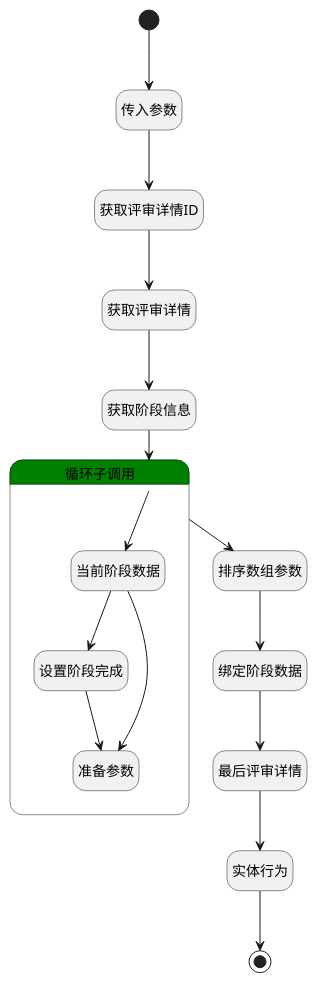
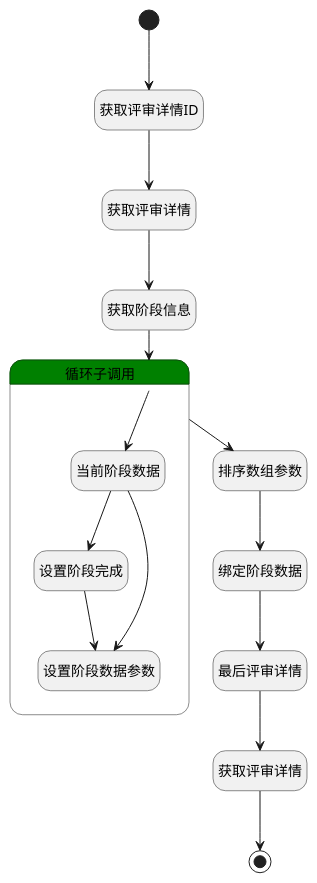
One commit to iBizLab/plm changed the diagram in doc/docsify/module/TestMgmt/review_content/logic/start_review.md. Above: the diagram before and after it, drawn with PlantUML. The commit also changed other lines of this file and 1778 other files, not shown here.

````diff
--- a/doc/docsify/module/TestMgmt/review_content/logic/start_review.md
+++ b/doc/docsify/module/TestMgmt/review_content/logic/start_review.md
@@ -7,45 +7,43 @@
 ```plantuml
 @startuml
 hide empty description
 <style>
 root {
   HyperlinkColor #42b983
 }
 </style>
 
 hide empty description
 state "开始" as Begin <<start>> [[$./start_review#begin {"开始"}]]
 state "结束" as END1 <<end>> [[$./start_review#end1 {"结束"}]]
-state "传入参数" as DEBUGPARAM1  [[$./start_review#debugparam1 {"传入参数"}]]
 state "获取评审详情ID" as PREPAREPARAM1  [[$./start_review#prepareparam1 {"获取评审详情ID"}]]
 state "获取评审详情" as DEACTION1  [[$./start_review#deaction1 {"获取评审详情"}]]
 state "获取阶段信息" as PREPAREPARAM2  [[$./start_review#prepareparam2 {"获取阶段信息"}]]
 state "排序数组参数" as SORTPARAM1  [[$./start_review#sortparam1 {"排序数组参数"}]]
 state "绑定阶段数据" as PREPAREPARAM5  [[$./start_review#prepareparam5 {"绑定阶段数据"}]]
 state "最后评审详情" as DEBUGPARAM3  [[$./start_review#debugparam3 {"最后评审详情"}]]
-state "实体行为" as DEACTION2  [[$./start_review#deaction2 {"实体行为"}]]
+state "获取评审详情" as DEACTION2  [[$./start_review#deaction2 {"获取评审详情"}]]
 state "循环子调用" as LOOPSUBCALL1  [[$./start_review#loopsubcall1 {"循环子调用"}]] #green {
 state "当前阶段数据" as DEBUGPARAM2  [[$./start_review#debugparam2 {"当前阶段数据"}]]
 state "设置阶段完成" as PREPAREPARAM3  [[$./start_review#prepareparam3 {"设置阶段完成"}]]
-state "准备参数" as PREPAREPARAM4  [[$./start_review#prepareparam4 {"准备参数"}]]
+state "设置阶段数据参数" as PREPAREPARAM4  [[$./start_review#prepareparam4 {"设置阶段数据参数"}]]
 }
 
 
-Begin --> DEBUGPARAM1
-DEBUGPARAM1 --> PREPAREPARAM1
+Begin --> PREPAREPARAM1
 PREPAREPARAM1 --> DEACTION1
 DEACTION1 --> PREPAREPARAM2
 PREPAREPARAM2 --> LOOPSUBCALL1
 LOOPSUBCALL1 --> SORTPARAM1
 SORTPARAM1 --> PREPAREPARAM5
 PREPAREPARAM5 --> DEBUGPARAM3
 DEBUGPARAM3 --> DEACTION2
 DEACTION2 --> END1
 LOOPSUBCALL1 --> DEBUGPARAM2
 DEBUGPARAM2 --> PREPAREPARAM3
 PREPAREPARAM3 --> PREPAREPARAM4
 DEBUGPARAM2 --> PREPAREPARAM4
 
 
 @enduml
 ```
````
